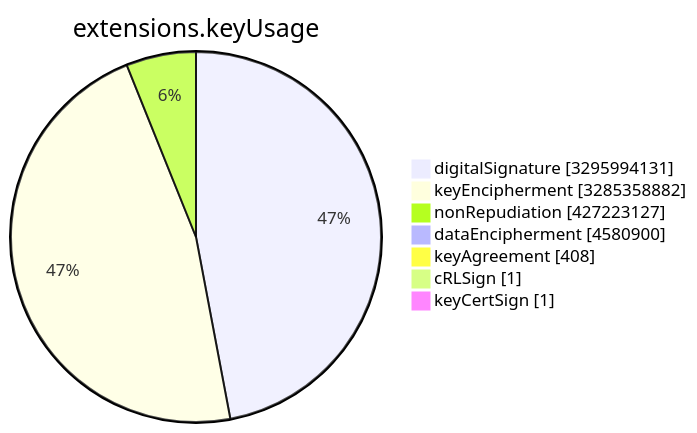
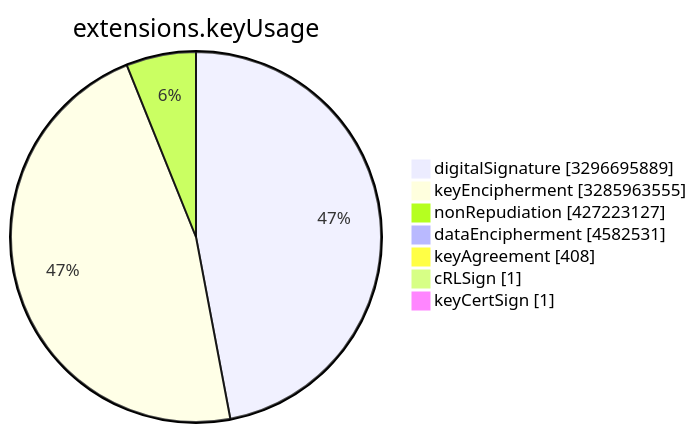
One commit to christiankrug/ctmonitor_visualization changed the sixth of 15 diagrams in TOTAL/README.md. Above: the diagram before and after it, drawn with Mermaid. The commit also changed other lines of this file, not shown here.

````diff
--- a/TOTAL/README.md
+++ b/TOTAL/README.md
@@ -3078,11 +3078,11 @@
 ```mermaid
 pie showData
 title extensions.keyUsage
-"digitalSignature" :3295994131
-"keyEncipherment" :3285358882
+"digitalSignature" :3296695889
+"keyEncipherment" :3285963555
 "nonRepudiation" :427223127
-"dataEncipherment" :4580900
+"dataEncipherment" :4582531
 "keyAgreement" :408
 "cRLSign" :1
 "keyCertSign" :1
 ```
````
